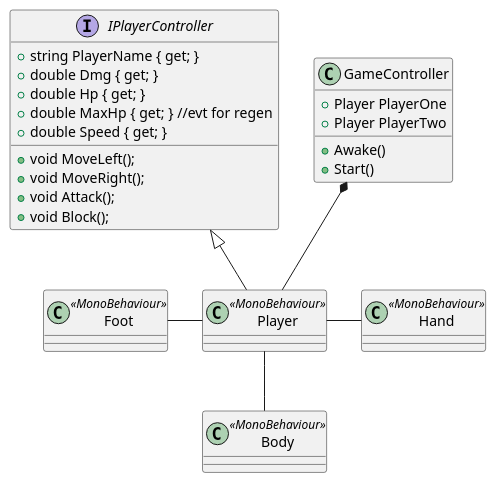
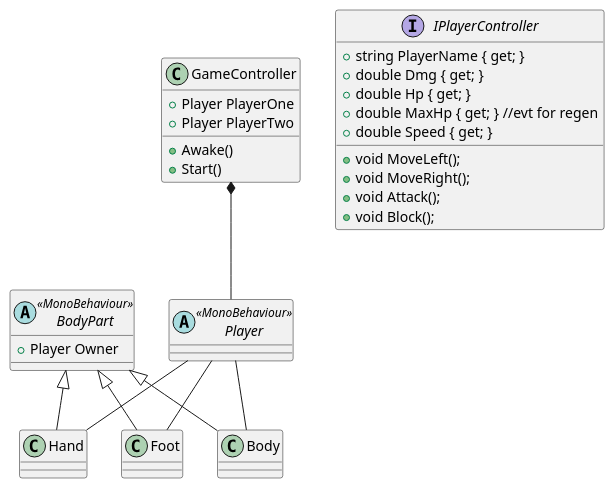
The diagram in ClassDiagram.puml (ThicBoy69/HansenBrawler), drawn with PlantUML before and after one commit. The commit also changed 2 other files, not shown here.

```diff
--- a/ClassDiagram.puml
+++ b/ClassDiagram.puml
@@ -1,46 +1,56 @@
 @startuml
+
 
 class GameController{
     + Player PlayerOne
     + Player PlayerTwo
     + Awake()
     + Start()
 }
 
-class Player <<MonoBehaviour>>{
+abstract class Player <<MonoBehaviour>>{
 
 }
 
-class Hand <<MonoBehaviour>>{
+abstract class BodyPart <<MonoBehaviour>>{
+    + Player Owner
+}
+
+class Hand {
 
 }
 
-class Foot <<MonoBehaviour>>{
+class Foot {
 
 }
 
-class Body <<MonoBehaviour>>{
+class Body {
 
 }
 
 interface IPlayerController
 {
     + string PlayerName { get; }
     + double Dmg { get; }
     + double Hp { get; }
     + double MaxHp { get; } //evt for regen
     + double Speed { get; }
     + void MoveLeft();
     + void MoveRight();
     + void Attack();
     + void Block();
 }
 
 GameController *-- Player
-Player -up-|> IPlayerController
-Player -right- Hand
-Player -left- Foot
-Player -down- Body
+
+Body -up-|> BodyPart
+Hand -up-|> BodyPart
+Foot -up-|> BodyPart
+
+Player -- Hand
+Player -- Foot
+Player -- Body
+
 
 
 @enduml
```
